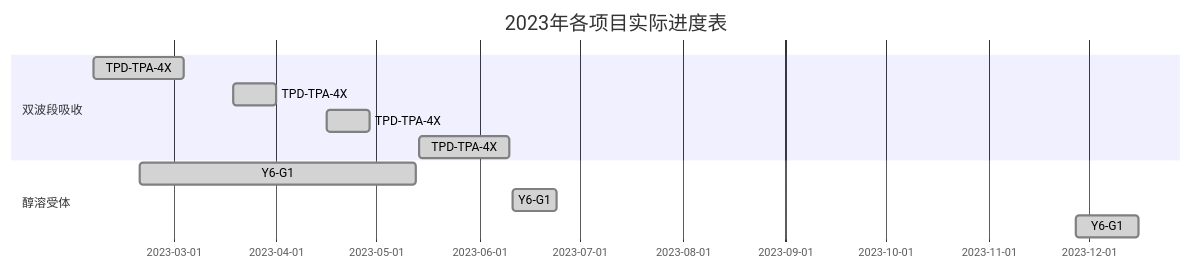
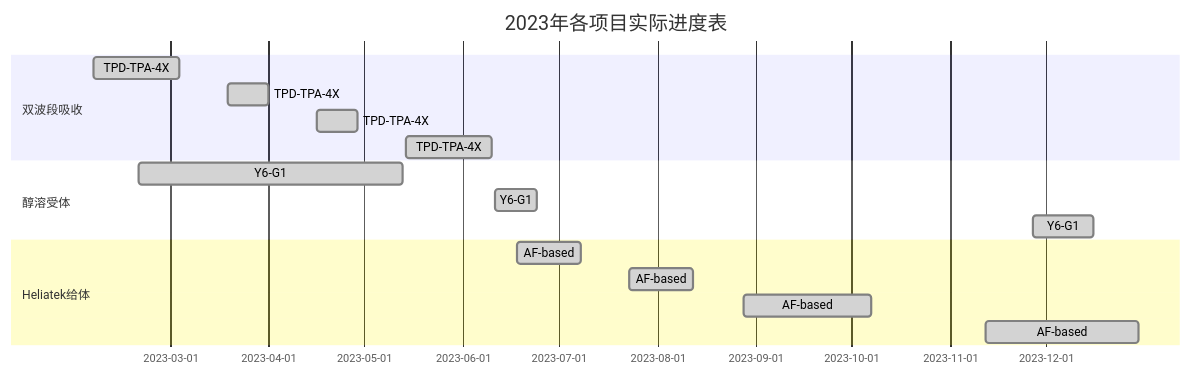
One commit to qiao-ze/qiao-ze.github.io changed the diagram in blog/category1/gantt_weekly.md. Above: the diagram before and after it, drawn with Mermaid.

````diff
--- a/blog/category1/gantt_weekly.md
+++ b/blog/category1/gantt_weekly.md
@@ -17,24 +17,28 @@
 ```mermaid
  gantt
      dateFormat  YY-MM-DD
      title 2023年各项目实际进度表
      section 双波段吸收
      TPD-TPA-4X            :done,    des1, 23-02-05,23-03-04
      TPD-TPA-4X            :done,    des2, 23-03-19,23-04-01
      TPD-TPA-4X            :done,    des3, 23-04-16,23-04-29
      TPD-TPA-4X            :done,    des4, 23-05-14,23-06-10
 
      section 醇溶受体
      Y6-G1            :done,    des1, 23-02-19,23-05-13
      Y6-G1            :done,    des2, 23-06-11,23-06-24
      Y6-G1            :done,    des3, 23-11-27,23-12-16
 
-
+     section Heliatek给体
+     AF-based            :done,    des1, 23-06-18,23-07-08
+     AF-based            :done,    des2, 23-07-23,23-08-12
+     AF-based            :done,    des3, 23-08-28,23-10-07
+     AF-based            :done,    des3, 23-11-12,23-12-30
   
     
  
      
      
  
      
 ```
````
